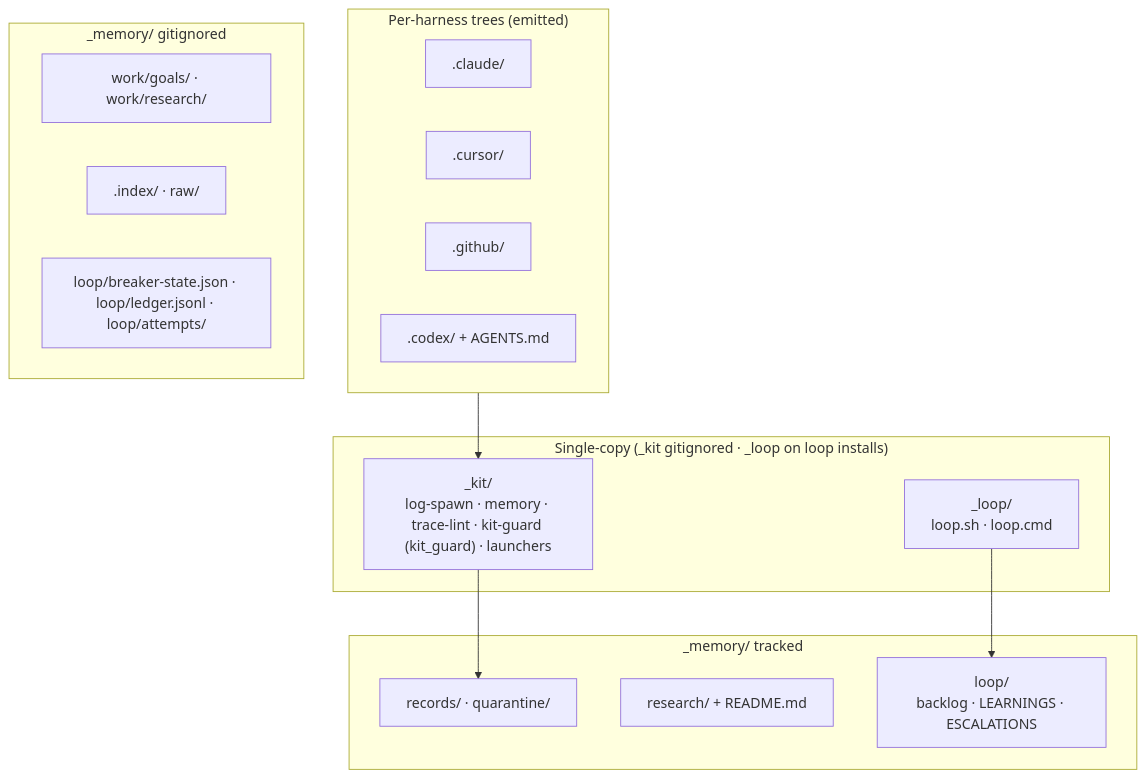
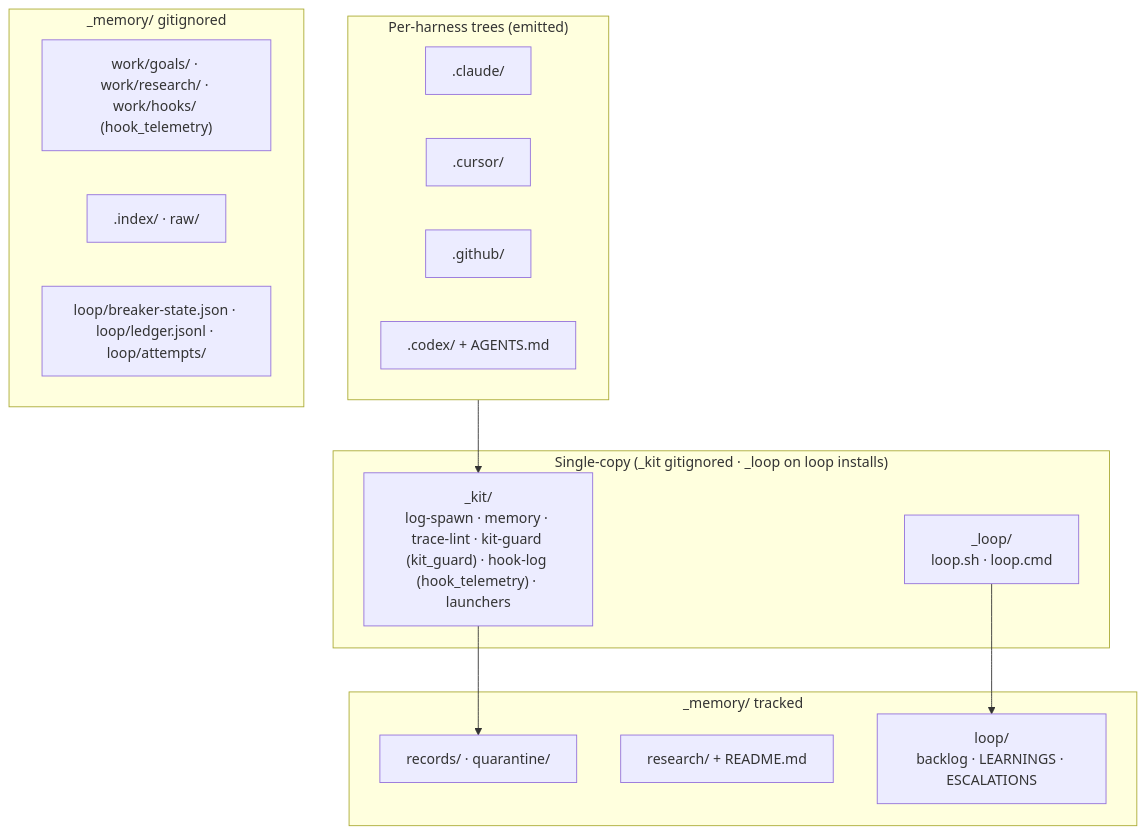
The fourth of 12 diagrams in docs/agent-kit/guide/architecture.md (kdcllc/skills), drawn with Mermaid before and after one commit. The commit also changed other lines of this file and 7 other files, not shown here.

Commit message:
docs(agent-kit): mirror flags.hook_telemetry and the hook-log tool in the guides and 2.2.0 notes

````diff
--- a/docs/agent-kit/guide/architecture.md
+++ b/docs/agent-kit/guide/architecture.md
@@ -102,30 +102,30 @@
 ```mermaid
 flowchart TD
     subgraph harnessTrees ["Per-harness trees (emitted)"]
         Claude[".claude/"]
         Cursor[".cursor/"]
         GitHub[".github/"]
         Codex[".codex/ + AGENTS.md"]
     end
 
     subgraph singleCopy ["Single-copy (_kit gitignored · _loop on loop installs)"]
-        Kit["_kit/\nlog-spawn · memory · trace-lint · kit-guard (kit_guard) · launchers"]
+        Kit["_kit/\nlog-spawn · memory · trace-lint · kit-guard (kit_guard) · hook-log (hook_telemetry) · launchers"]
         Loop["_loop/\nloop.sh · loop.cmd"]
     end
 
     subgraph memTracked ["_memory/ tracked"]
         Rec["records/ · quarantine/"]
         ResIdx["research/ + README.md"]
         LoopMem["loop/\nbacklog · LEARNINGS · ESCALATIONS"]
     end
 
     subgraph memIgnored ["_memory/ gitignored"]
-        Work["work/goals/ · work/research/"]
+        Work["work/goals/ · work/research/ · work/hooks/ (hook_telemetry)"]
         Derive[".index/ · raw/"]
         Brk["loop/breaker-state.json · loop/ledger.jsonl · loop/attempts/"]
     end
 
     harnessTrees --> Kit
     Loop --> LoopMem
     Kit --> Rec
 ```
````
